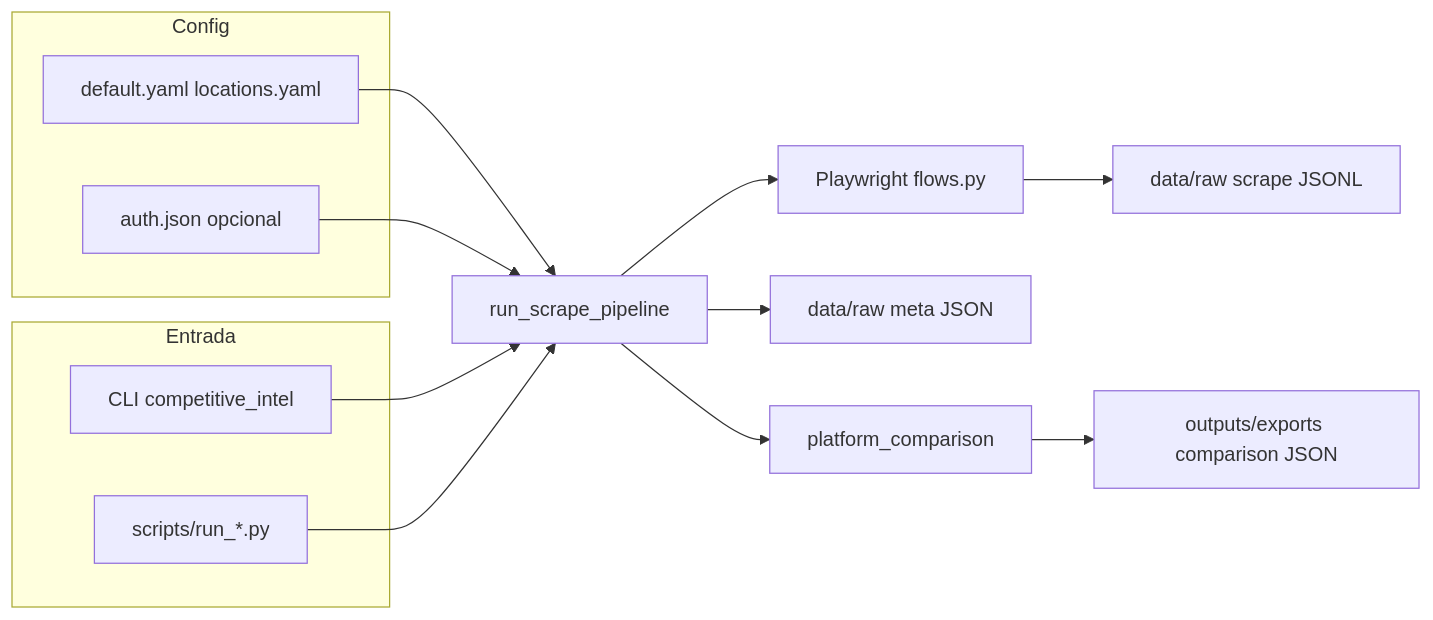
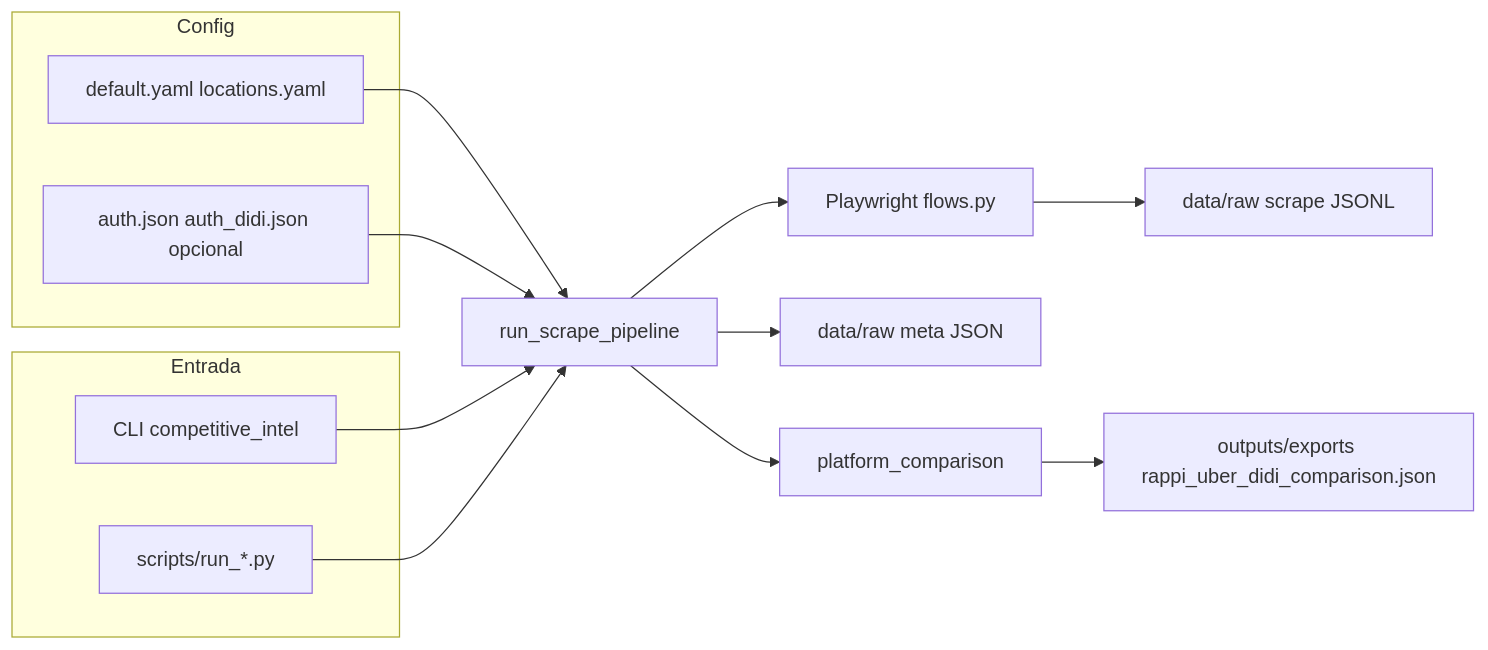
One commit to MrAnndreWw/rappi-ai-engineer-operational-insights changed the diagram in README.md. Above: the diagram before and after it, drawn with Mermaid. The commit also changed other lines of this file and 1 other file, not shown here.

````diff
--- a/README.md
+++ b/README.md
@@ -44,26 +44,26 @@
 ```mermaid
 flowchart LR
   subgraph config [Config]
     yaml[default.yaml locations.yaml]
-    auth[auth.json opcional]
+    auth[auth.json auth_didi.json opcional]
   end
   subgraph entry [Entrada]
     cli[CLI competitive_intel]
     scripts[scripts/run_*.py]
   end
   pipeline[run_scrape_pipeline]
   pw[Playwright flows.py]
   raw[data/raw scrape JSONL]
   meta[data/raw meta JSON]
   cmp[platform_comparison]
-  exp[outputs/exports comparison JSON]
+  exp[outputs/exports rappi_uber_didi_comparison.json]
   yaml --> pipeline
   auth --> pipeline
   cli --> pipeline
   scripts --> pipeline
   pipeline --> pw
   pw --> raw
   pipeline --> meta
   pipeline --> cmp
   cmp --> exp
 ```
````
